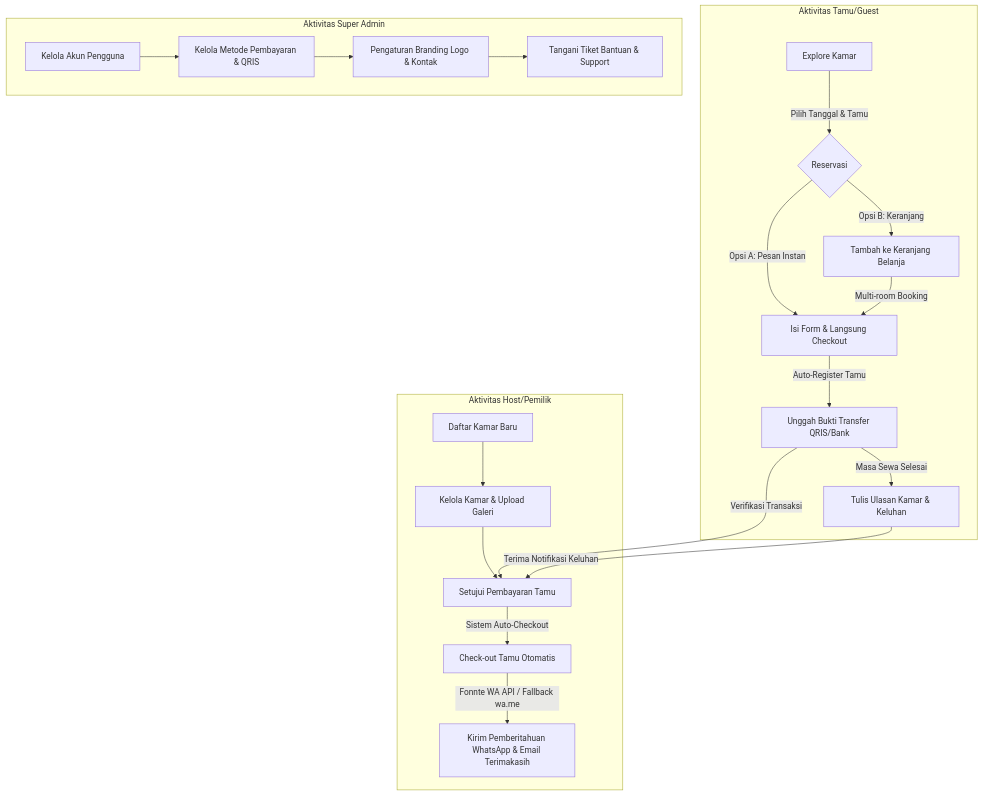
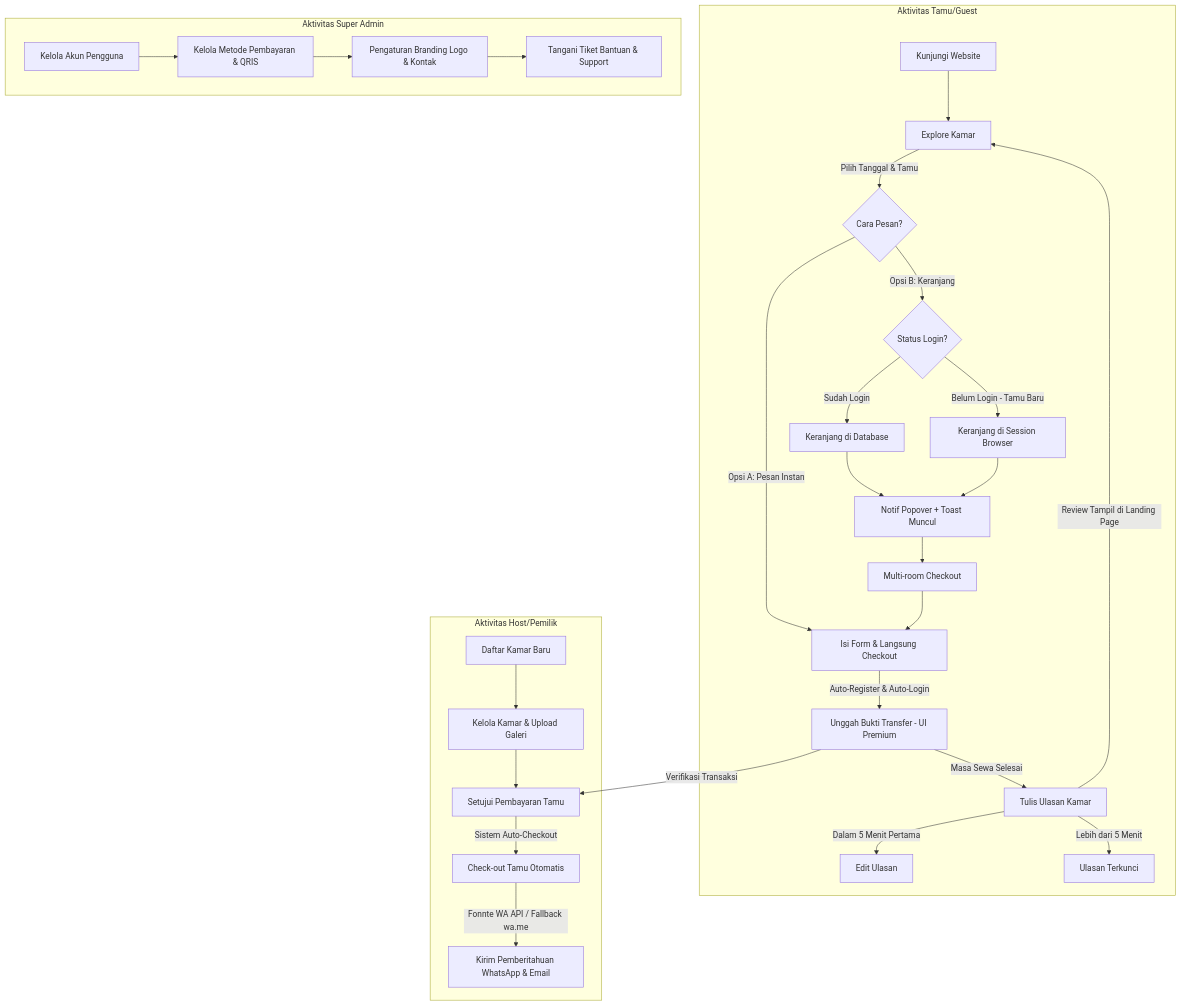
Before and after one commit to MuslimGunawan/HomeStay-Apps: the first of 2 diagrams in README.md, drawn with Mermaid. The commit also changed other lines of this file, not shown here.

Commit message:
docs: update README with anonymous cart, premium upload UI, review time limit, and cart_items schema

````diff
--- a/README.md
+++ b/README.md
@@ -21,31 +21,39 @@
 ```mermaid
 graph TD
     %% Tamu Workflow
     subgraph Tamu [Aktivitas Tamu/Guest]
-        G1[Explore Kamar] -->|Pilih Tanggal & Tamu| G2{Reservasi}
+        G0[Kunjungi Website] --> G1[Explore Kamar]
+        G1 -->|Pilih Tanggal & Tamu| G2{Cara Pesan?}
         G2 -->|Opsi A: Pesan Instan| G3[Isi Form & Langsung Checkout]
-        G2 -->|Opsi B: Keranjang| G4[Tambah ke Keranjang Belanja]
-        G4 -->|Multi-room Booking| G3
-        G3 -->|Auto-Register Tamu| G5[Unggah Bukti Transfer QRIS/Bank]
-        G5 -->|Masa Sewa Selesai| G6[Tulis Ulasan Kamar & Keluhan]
+        G2 -->|Opsi B: Keranjang| G4{Status Login?}
+        G4 -->|Sudah Login| G4a[Keranjang di Database]
+        G4 -->|Belum Login - Tamu Baru| G4b[Keranjang di Session Browser]
+        G4a --> G4c[Notif Popover + Toast Muncul]
+        G4b --> G4c
+        G4c --> G4d[Multi-room Checkout]
+        G4d --> G3
+        G3 -->|Auto-Register & Auto-Login| G5[Unggah Bukti Transfer - UI Premium]
+        G5 -->|Masa Sewa Selesai| G6[Tulis Ulasan Kamar]
+        G6 -->|Dalam 5 Menit Pertama| G6a[Edit Ulasan]
+        G6 -->|Lebih dari 5 Menit| G6b[Ulasan Terkunci]
     end
 
     %% Host Workflow
     subgraph Host [Aktivitas Host/Pemilik]
         H1[Daftar Kamar Baru] --> H2[Kelola Kamar & Upload Galeri]
         H2 --> H3[Setujui Pembayaran Tamu]
         H3 -->|Sistem Auto-Checkout| H4[Check-out Tamu Otomatis]
-        H4 -->|Fonnte WA API / Fallback wa.me| H5[Kirim Pemberitahuan WhatsApp & Email Terimakasih]
+        H4 -->|Fonnte WA API / Fallback wa.me| H5[Kirim Pemberitahuan WhatsApp & Email]
     end
 
     %% Admin Workflow
     subgraph Admin [Aktivitas Super Admin]
         A1[Kelola Akun Pengguna] --> A2[Kelola Metode Pembayaran & QRIS]
         A2 --> A3[Pengaturan Branding Logo & Kontak]
         A3 --> A4[Tangani Tiket Bantuan & Support]
     end
 
     %% Relasi Alur
     G5 -->|Verifikasi Transaksi| H3
-    G6 -->|Terima Notifikasi Keluhan| H3
+    G6 -->|Review Tampil di Landing Page| G1
 ```
````
